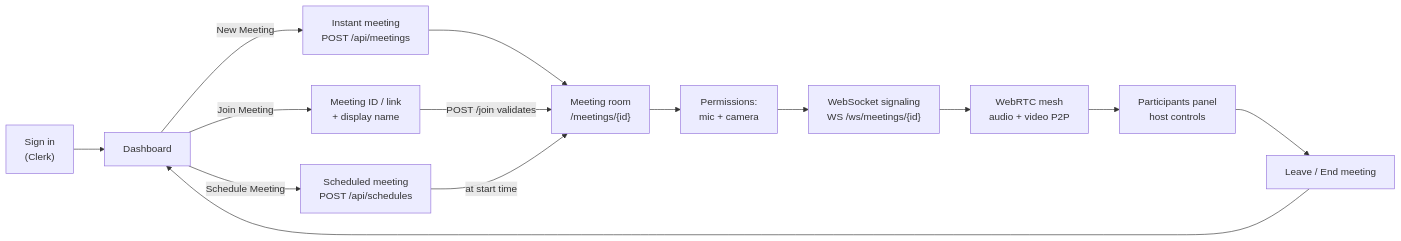
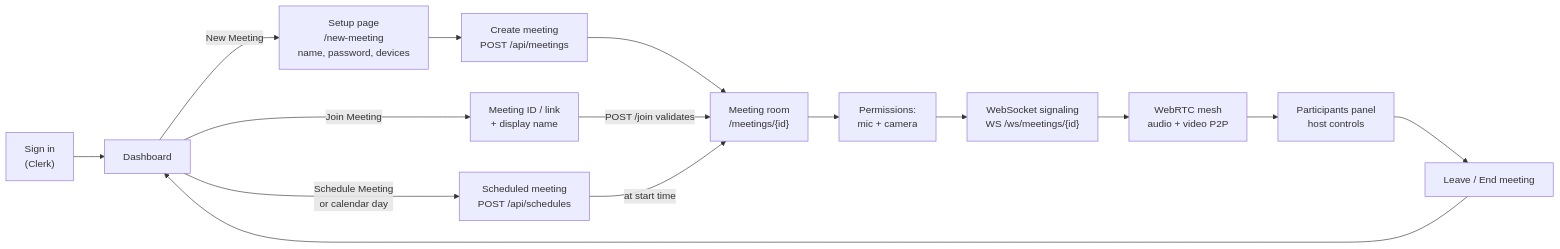
One commit to prnvvv/Meetly changed the first of 6 diagrams in README.md. Above: the diagram before and after it, drawn with Mermaid. The commit also changed other lines of this file, not shown here.

````diff
--- a/README.md
+++ b/README.md
@@ -156,18 +162,19 @@
 ```mermaid
 flowchart LR
     A["Sign in<br/>(Clerk)"] --> B["Dashboard"]
-    B -->|"New Meeting"| C["Instant meeting<br/>POST /api/meetings"]
+    B -->|"New Meeting"| C0["Setup page<br/>/new-meeting<br/>name, password, devices"]
+    C0 --> C["Create meeting<br/>POST /api/meetings"]
     B -->|"Join Meeting"| D["Meeting ID / link<br/>+ display name"]
-    B -->|"Schedule Meeting"| E["Scheduled meeting<br/>POST /api/schedules"]
+    B -->|"Schedule Meeting<br/>or calendar day"| E["Scheduled meeting<br/>POST /api/schedules"]
 
     C --> F["Meeting room<br/>/meetings/{id}"]
     D -->|"POST /join validates"| F
     E -->|"at start time"| F
 
     F --> G["Permissions:<br/>mic + camera"]
     G --> H["WebSocket signaling<br/>WS /ws/meetings/{id}"]
     H --> I["WebRTC mesh<br/>audio + video P2P"]
     I --> J["Participants panel<br/>host controls"]
     J --> K["Leave / End meeting"]
     K --> B
 ```
````
